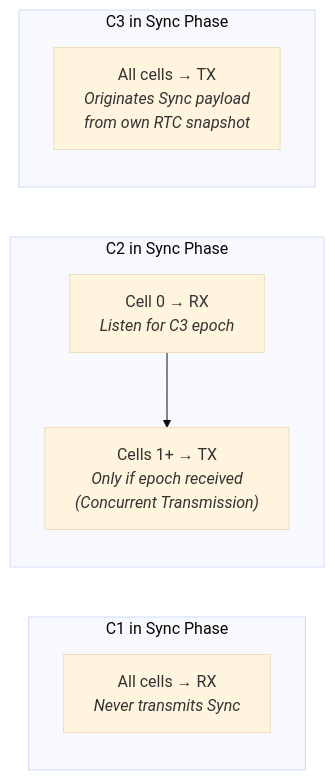
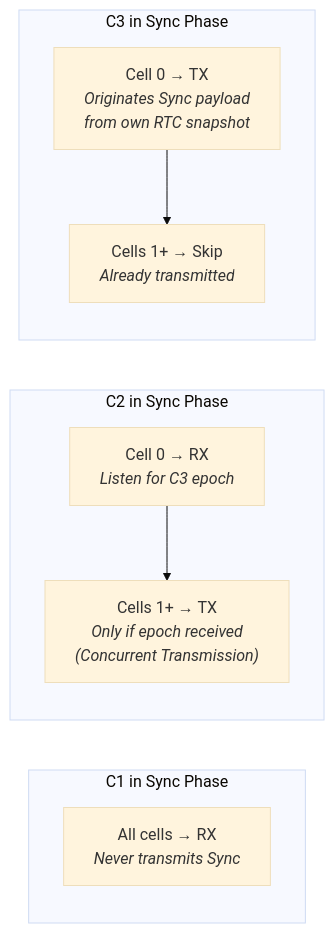
The second of 2 diagrams in docs/diagrams/05-class-comparison.md (ArcLoRaM/firmware), drawn with Mermaid (base theme) before and after one commit. The commit also changed other lines of this file and 139 other files, not shown here.

````diff
--- a/docs/diagrams/05-class-comparison.md
+++ b/docs/diagrams/05-class-comparison.md
@@ -52,19 +52,21 @@
 ```mermaid
 flowchart LR
     subgraph sync_c1["C1 in Sync Phase"]
         direction TB
         s1_all["All cells → RX<br/><i>Never transmits Sync</i>"]
     end
 
     subgraph sync_c2["C2 in Sync Phase"]
         direction TB
         s2_cell0["Cell 0 → RX<br/><i>Listen for C3 epoch</i>"]
         s2_celln["Cells 1+ → TX<br/><i>Only if epoch received</i><br/><i>(Concurrent Transmission)</i>"]
         s2_cell0 --> s2_celln
     end
 
     subgraph sync_c3["C3 in Sync Phase"]
         direction TB
-        s3_all["All cells → TX<br/><i>Originates Sync payload</i><br/><i>from own RTC snapshot</i>"]
+        s3_cell0["Cell 0 → TX<br/><i>Originates Sync payload</i><br/><i>from own RTC snapshot</i>"]
+        s3_celln["Cells 1+ → Skip<br/><i>Already transmitted</i>"]
+        s3_cell0 --> s3_celln
     end
 ```
````
